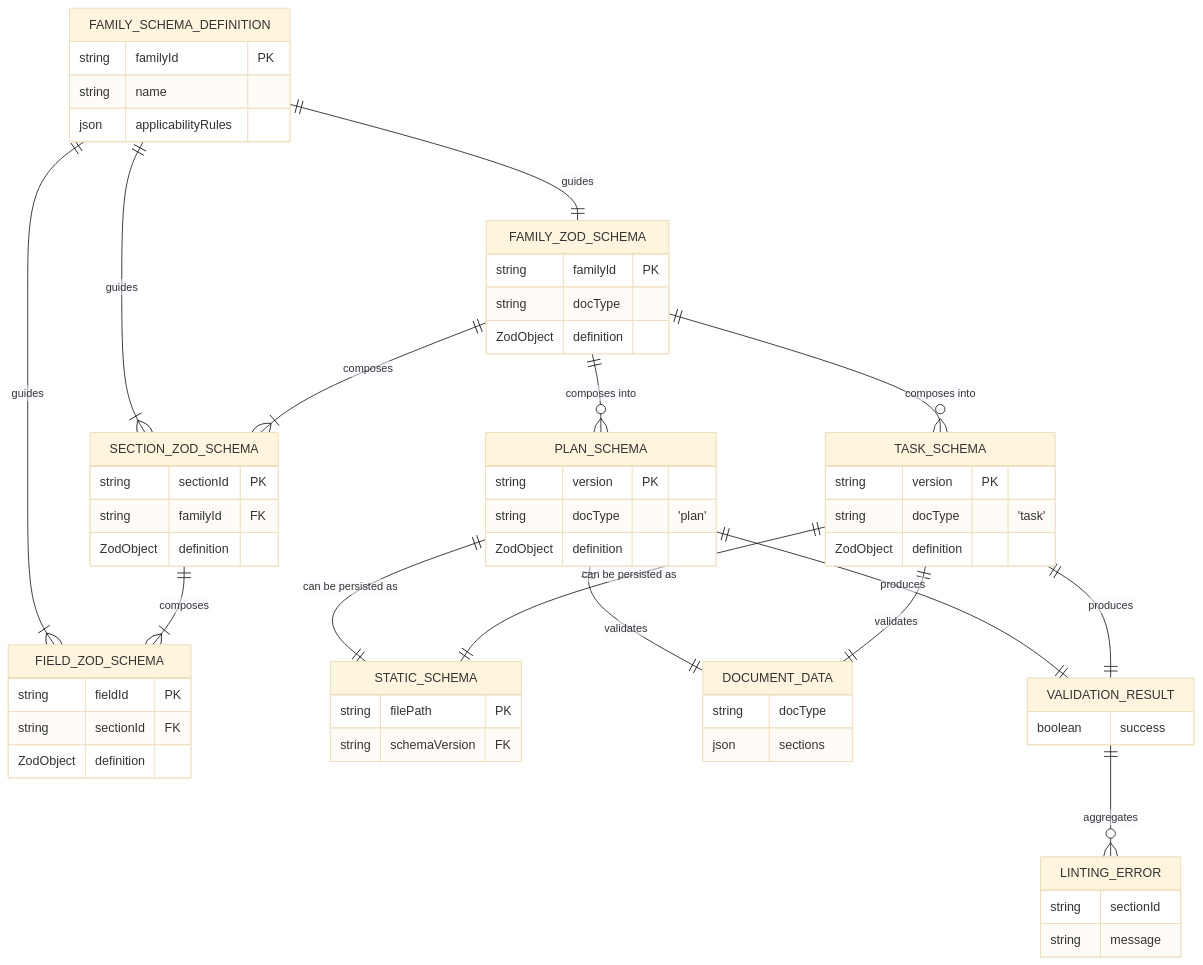
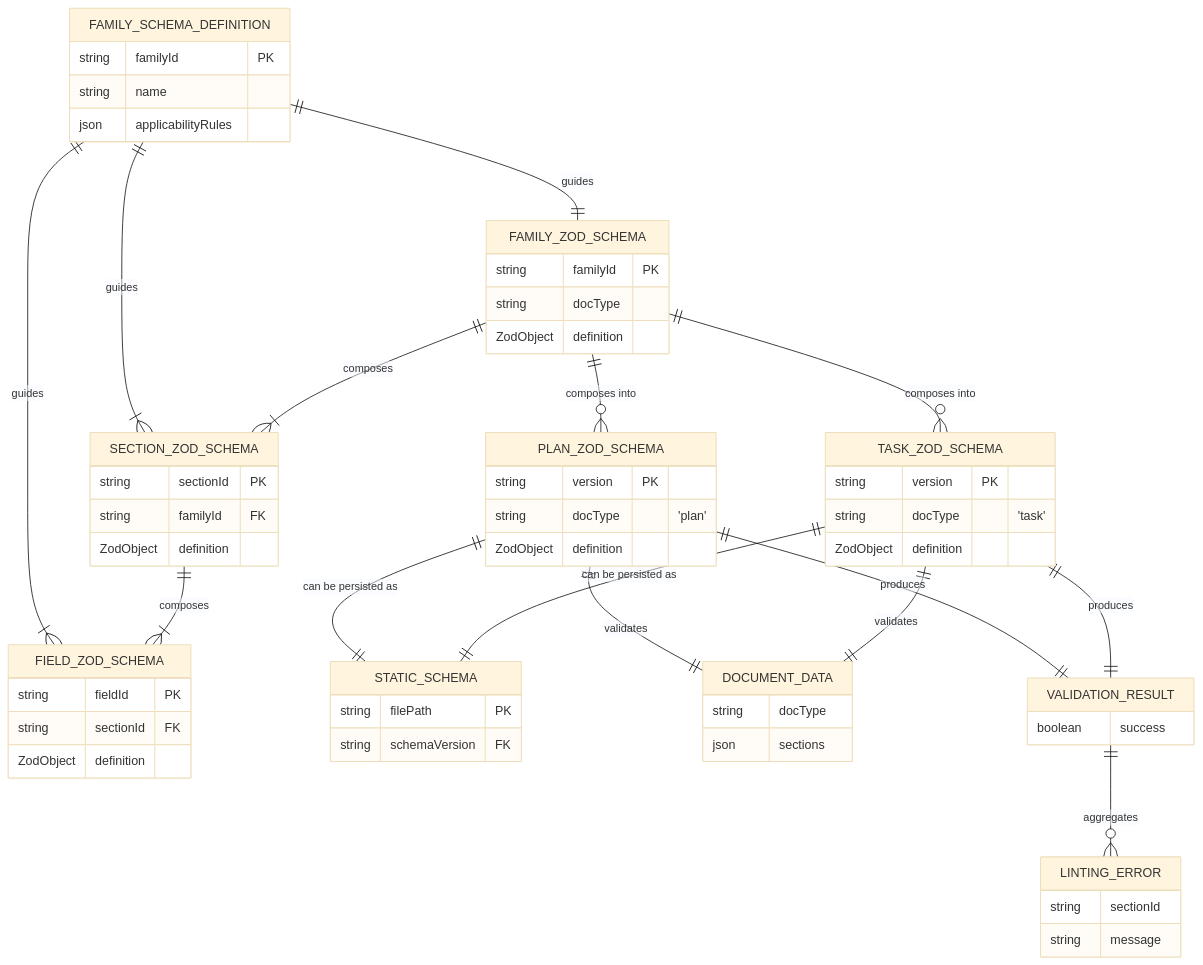
One commit to livelifelively/documentation-driven-development-tools changed the first of 4 diagrams in docs/requirements/p1-p6.t32-define-section-content-schemas.task.md. Above: the diagram before and after it, drawn with Mermaid (base theme). The commit also changed other lines of this file and 2 other files, not shown here.

````diff
--- a/docs/requirements/p1-p6.t32-define-section-content-schemas.task.md
+++ b/docs/requirements/p1-p6.t32-define-section-content-schemas.task.md
@@ -64,68 +64,68 @@
 ```mermaid
 erDiagram
     FAMILY_SCHEMA_DEFINITION {
         string familyId PK
         string name
         json applicabilityRules
     }
     FAMILY_ZOD_SCHEMA {
         string familyId PK
         string docType
         ZodObject definition
     }
     SECTION_ZOD_SCHEMA {
         string sectionId PK
         string familyId FK
         ZodObject definition
     }
     FIELD_ZOD_SCHEMA {
         string fieldId PK
         string sectionId FK
         ZodObject definition
     }
-    PLAN_SCHEMA {
+    PLAN_ZOD_SCHEMA {
         string version PK
         string docType "'plan'"
         ZodObject definition
     }
-    TASK_SCHEMA {
+    TASK_ZOD_SCHEMA {
         string version PK
         string docType "'task'"
         ZodObject definition
     }
     STATIC_SCHEMA {
         string filePath PK
         string schemaVersion FK
     }
     DOCUMENT_DATA {
         string docType
         json sections
     }
     VALIDATION_RESULT {
         boolean success
     }
     LINTING_ERROR {
         string sectionId
         string message
     }
 
     FAMILY_SCHEMA_DEFINITION ||--|| FAMILY_ZOD_SCHEMA : "guides"
     FAMILY_SCHEMA_DEFINITION ||--|{ SECTION_ZOD_SCHEMA : "guides"
     FAMILY_SCHEMA_DEFINITION ||--|{ FIELD_ZOD_SCHEMA : "guides"
 
     FAMILY_ZOD_SCHEMA ||--|{ SECTION_ZOD_SCHEMA : "composes"
     SECTION_ZOD_SCHEMA ||--|{ FIELD_ZOD_SCHEMA : "composes"
 
-    FAMILY_ZOD_SCHEMA ||--o{ PLAN_SCHEMA : "composes into"
-    FAMILY_ZOD_SCHEMA ||--o{ TASK_SCHEMA : "composes into"
+    FAMILY_ZOD_SCHEMA ||--o{ PLAN_ZOD_SCHEMA : "composes into"
+    FAMILY_ZOD_SCHEMA ||--o{ TASK_ZOD_SCHEMA : "composes into"
 
-    PLAN_SCHEMA ||--|| STATIC_SCHEMA : "can be persisted as"
-    TASK_SCHEMA ||--|| STATIC_SCHEMA : "can be persisted as"
+    PLAN_ZOD_SCHEMA ||--|| STATIC_SCHEMA : "can be persisted as"
+    TASK_ZOD_SCHEMA ||--|| STATIC_SCHEMA : "can be persisted as"
 
-    PLAN_SCHEMA ||--|| DOCUMENT_DATA : "validates"
-    TASK_SCHEMA ||--|| DOCUMENT_DATA : "validates"
+    PLAN_ZOD_SCHEMA ||--|| DOCUMENT_DATA : "validates"
+    TASK_ZOD_SCHEMA ||--|| DOCUMENT_DATA : "validates"
 
-    PLAN_SCHEMA ||--|| VALIDATION_RESULT : "produces"
-    TASK_SCHEMA ||--|| VALIDATION_RESULT : "produces"
+    PLAN_ZOD_SCHEMA ||--|| VALIDATION_RESULT : "produces"
+    TASK_ZOD_SCHEMA ||--|| VALIDATION_RESULT : "produces"
     VALIDATION_RESULT ||--o{ LINTING_ERROR : "aggregates"
 ```
````
